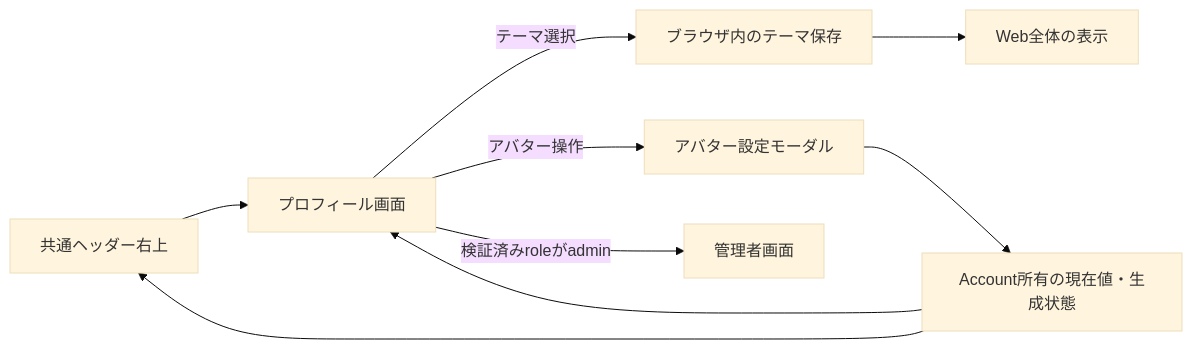
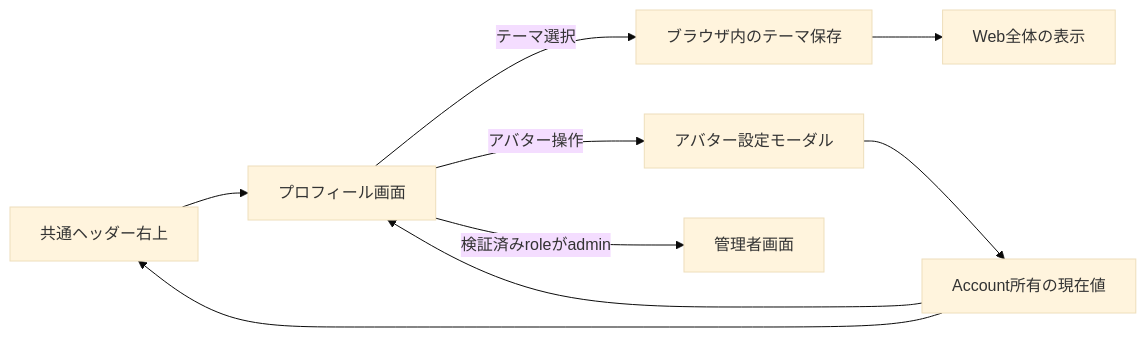
One commit to kkyosuke/me-builder changed the second of 2 diagrams in docs/product/profile-settings-experience.md. Above: the diagram before and after it, drawn with Mermaid (base theme). The commit also changed other lines of this file and 66 other files, not shown here.

````diff
--- a/docs/product/profile-settings-experience.md
+++ b/docs/product/profile-settings-experience.md
@@ -151,11 +147,11 @@
 ```mermaid
 flowchart LR
     H[共通ヘッダー右上] --> P[プロフィール画面]
     P -->|テーマ選択| B[ブラウザ内のテーマ保存]
     B --> V[Web全体の表示]
     P -->|アバター操作| A[アバター設定モーダル]
     P -->|検証済みroleがadmin| M[管理者画面]
-    A --> D[Account所有の現在値・生成状態]
+    A --> D[Account所有の現在値]
     D --> P
     D --> H
 ```
````
